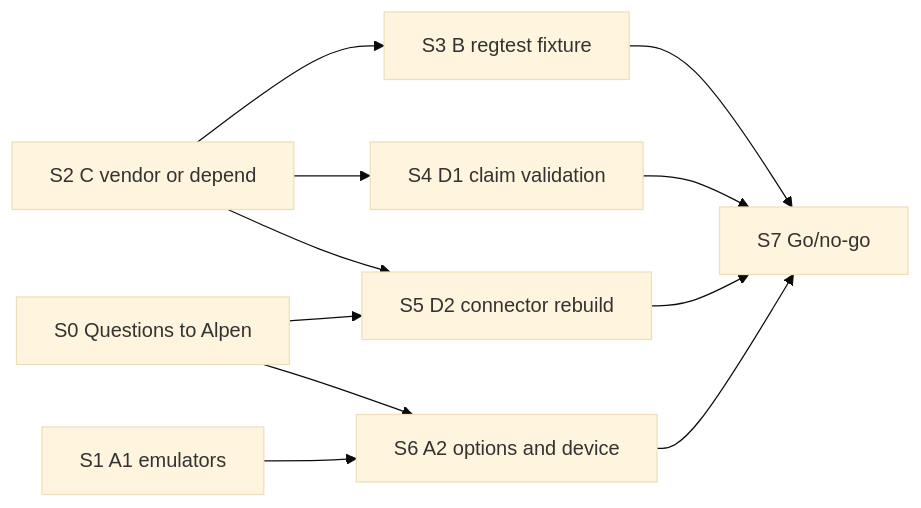
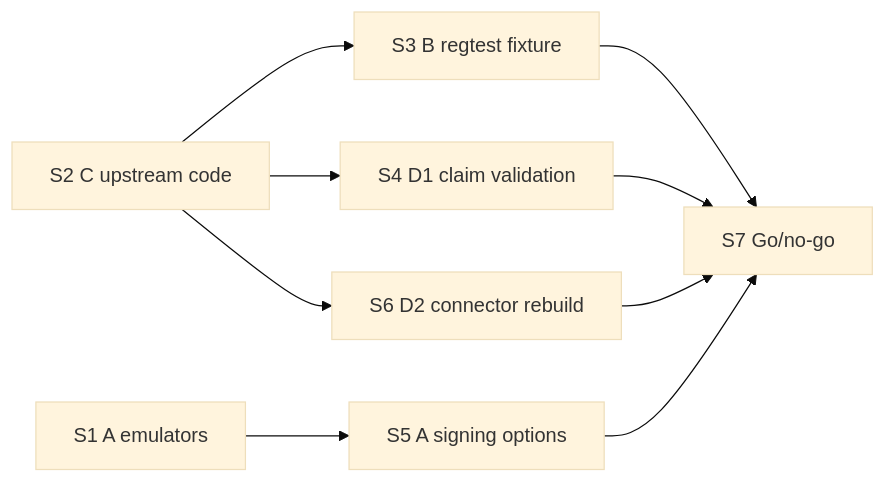
Before and after one commit to wakeuplabs-io/alpen-multisig: the diagram in docs/2-discovery/21-block-payouts-spike-plan.md, drawn with Mermaid (base theme). The commit also changed other lines of this file and 2 other files, not shown here.

````diff
--- a/docs/2-discovery/21-block-payouts-spike-plan.md
+++ b/docs/2-discovery/21-block-payouts-spike-plan.md
@@ -162,13 +99,11 @@
 ```mermaid
 flowchart LR
-  S0[S0 Questions to Alpen] --> S5[S5 D2 connector rebuild]
-  S0 --> S6[S6 A2 options and device]
-  S1[S1 A1 emulators] --> S6
-  S2[S2 C vendor or depend] --> S3[S3 B regtest fixture]
+  S1[S1 A emulators] --> S5[S5 A signing options]
+  S2[S2 C upstream code] --> S3[S3 B regtest fixture]
   S2 --> S4[S4 D1 claim validation]
-  S2 --> S5
+  S2 --> S6[S6 D2 connector rebuild]
   S3 --> S7[S7 Go/no-go]
   S4 --> S7
   S5 --> S7
   S6 --> S7
 ```
````
